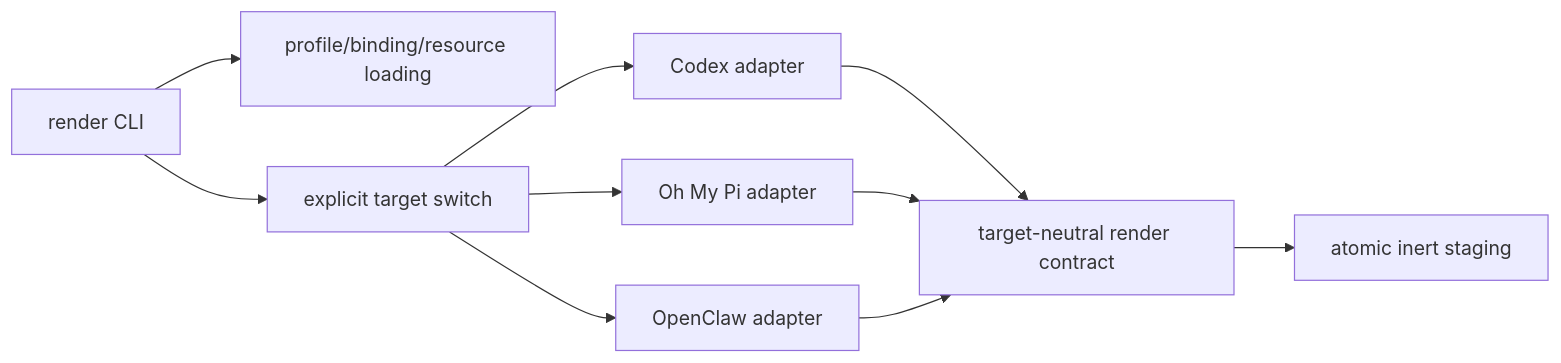
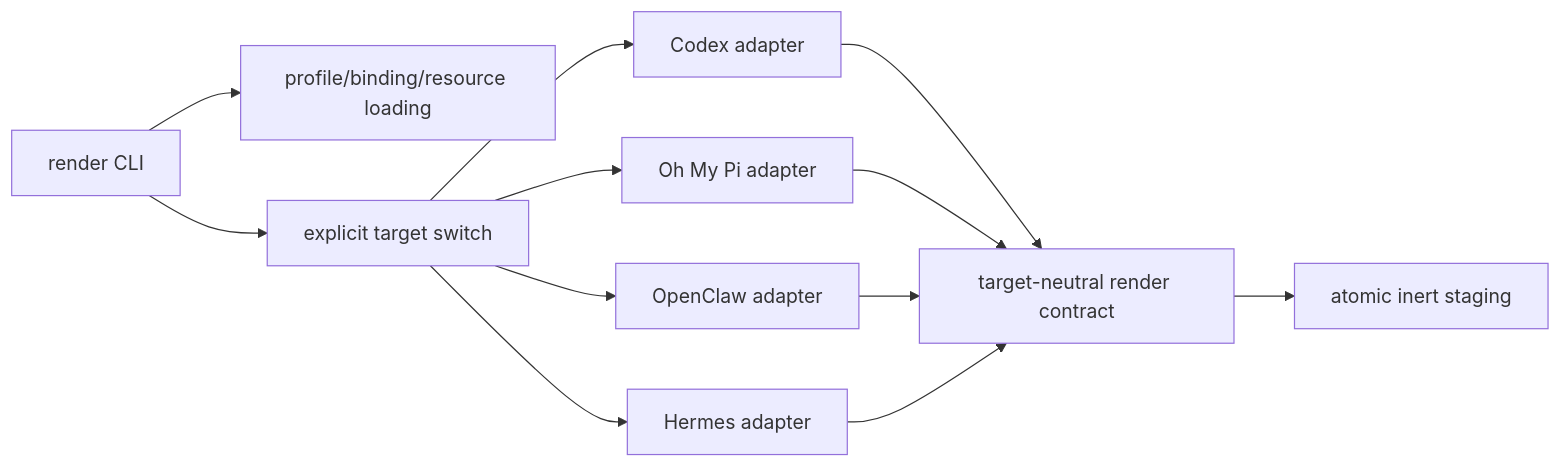
One commit to ariel-frischer/profile-mango changed the diagram in docs/dev/adapter-architecture.md. Above: the diagram before and after it, drawn with Mermaid. The commit also changed other lines of this file and 15 other files, not shown here.

Commit message:
Add Hermes Agent inert preview adapter

````diff
--- a/docs/dev/adapter-architecture.md
+++ b/docs/dev/adapter-architecture.md
@@ -9,12 +9,14 @@
 ```mermaid
 flowchart LR
     CLI[render CLI] --> LOAD[profile/binding/resource loading]
     CLI --> DISPATCH[explicit target switch]
     DISPATCH --> CODEX[Codex adapter]
     DISPATCH --> OMP[Oh My Pi adapter]
     DISPATCH --> OPENCLAW[OpenClaw adapter]
+    DISPATCH --> HERMES[Hermes adapter]
     CODEX --> CONTRACT[target-neutral render contract]
     OMP --> CONTRACT
     OPENCLAW --> CONTRACT
+    HERMES --> CONTRACT
     CONTRACT --> STAGE[atomic inert staging]
 ```
````
